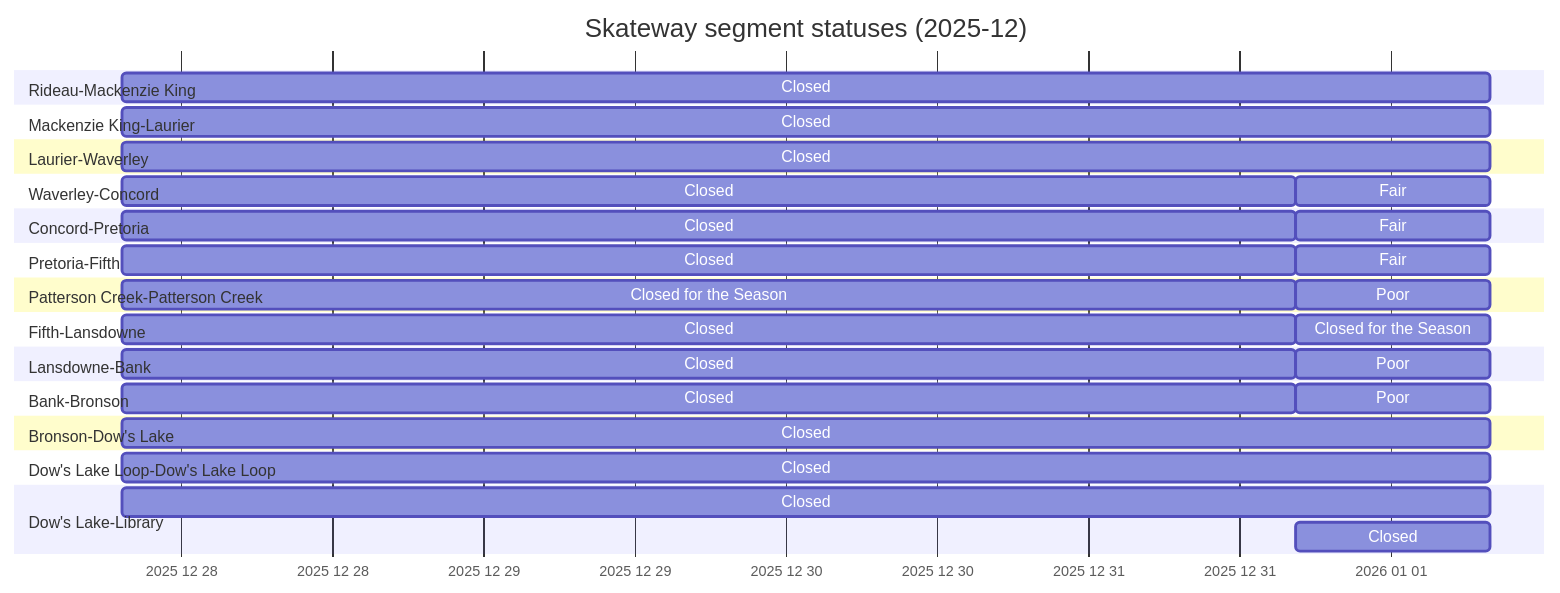
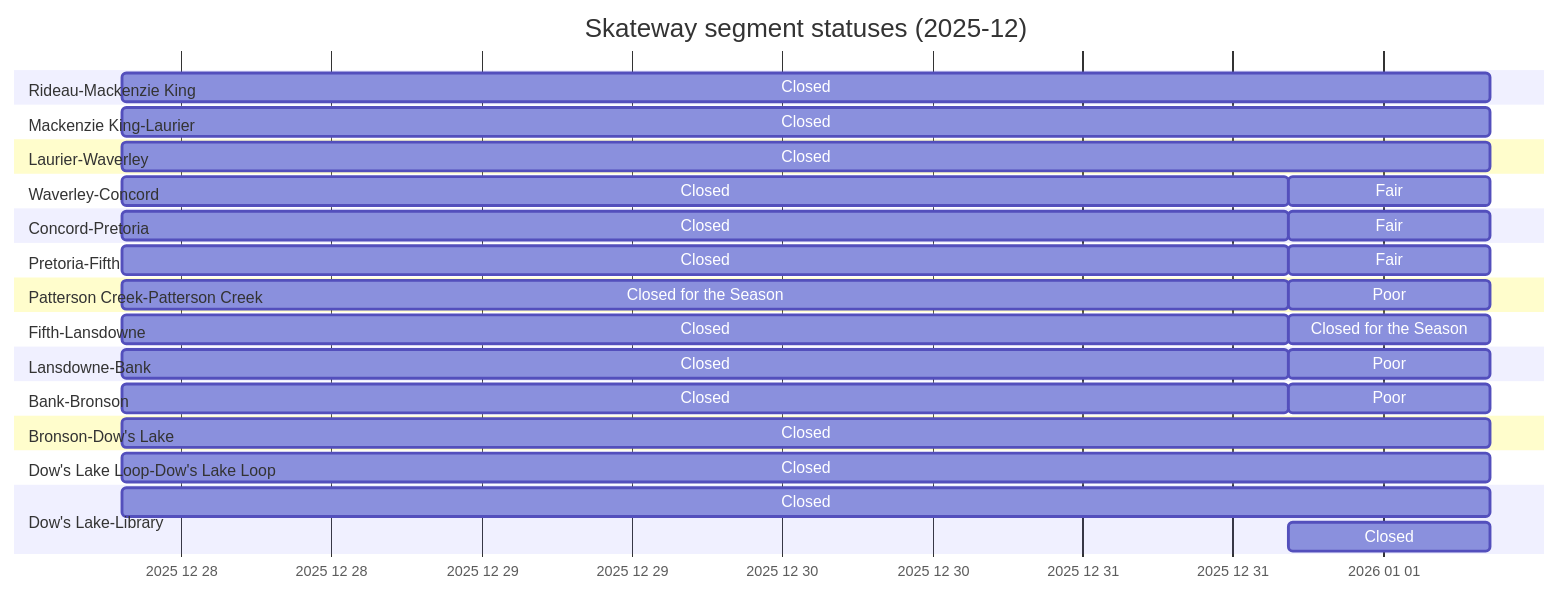
Before and after one commit to PatLittle/skateway_data: the diagram in gantt.md, drawn with Mermaid. The commit also changed 2 other files, not shown here.

````diff
--- a/gantt.md
+++ b/gantt.md
@@ -2,51 +2,51 @@
 ```mermaid
 ---
 topAxis: true
 displayMode: compact
 config:
   themeCSS: " #vg { fill: Green } #g {fill: yellow} #f {fill: orange} #p {fill: red}      \n
 #c {fill: Black} #cs {fill: Black} #sc {fill: White} #wo {fill: saddlebrown} \n
             text[id^=cs] { fill: red; } text[id^=sc] { fill: red; }
         "
 ---
 
 gantt
   title Skateway segment statuses (2025-12)
   dateFormat  YYYY-MM-DD HH:mm:ss
   axisFormat  %Y %m %d
   section Rideau-Mackenzie King
-  Closed: c, 2025-12-27 19:17:23, 2026-01-01 07:55:19
+  Closed: c, 2025-12-27 19:17:23, 2026-01-01 08:31:42
   section Mackenzie King-Laurier
-  Closed: c, 2025-12-27 19:17:23, 2026-01-01 07:55:19
+  Closed: c, 2025-12-27 19:17:23, 2026-01-01 08:31:42
   section Laurier-Waverley
-  Closed: c, 2025-12-27 19:17:23, 2026-01-01 07:55:19
+  Closed: c, 2025-12-27 19:17:23, 2026-01-01 08:31:42
   section Waverley-Concord
   Closed: c, 2025-12-27 19:17:23, 2025-12-31 16:28:10
-  Fair: f, 2025-12-31 16:28:10, 2026-01-01 07:55:19
+  Fair: f, 2025-12-31 16:28:10, 2026-01-01 08:31:42
   section Concord-Pretoria
   Closed: c, 2025-12-27 19:17:23, 2025-12-31 16:28:10
-  Fair: f, 2025-12-31 16:28:10, 2026-01-01 07:55:19
+  Fair: f, 2025-12-31 16:28:10, 2026-01-01 08:31:42
   section Pretoria-Fifth
   Closed: c, 2025-12-27 19:17:23, 2025-12-31 16:28:10
-  Fair: f, 2025-12-31 16:28:10, 2026-01-01 07:55:19
+  Fair: f, 2025-12-31 16:28:10, 2026-01-01 08:31:42
   section Patterson Creek-Patterson Creek
   Closed for the Season: cs, 2025-12-27 19:17:23, 2025-12-31 16:28:10
-  Poor: p, 2025-12-31 16:28:10, 2026-01-01 07:55:19
+  Poor: p, 2025-12-31 16:28:10, 2026-01-01 08:31:42
   section Fifth-Lansdowne
   Closed: c, 2025-12-27 19:17:23, 2025-12-31 16:28:10
-  Closed for the Season: cs, 2025-12-31 16:28:10, 2026-01-01 07:55:19
+  Closed for the Season: cs, 2025-12-31 16:28:10, 2026-01-01 08:31:42
   section Lansdowne-Bank
   Closed: c, 2025-12-27 19:17:23, 2025-12-31 16:28:10
-  Poor: p, 2025-12-31 16:28:10, 2026-01-01 07:55:19
+  Poor: p, 2025-12-31 16:28:10, 2026-01-01 08:31:42
   section Bank-Bronson
   Closed: c, 2025-12-27 19:17:23, 2025-12-31 16:28:10
-  Poor: p, 2025-12-31 16:28:10, 2026-01-01 07:55:19
+  Poor: p, 2025-12-31 16:28:10, 2026-01-01 08:31:42
   section Bronson-Dow's Lake
-  Closed: c, 2025-12-27 19:17:23, 2026-01-01 07:55:19
+  Closed: c, 2025-12-27 19:17:23, 2026-01-01 08:31:42
   section Dow's Lake Loop-Dow's Lake Loop
-  Closed: c, 2025-12-27 19:17:23, 2026-01-01 07:55:19
+  Closed: c, 2025-12-27 19:17:23, 2026-01-01 08:31:42
   section Dow's Lake-Library
-  Closed: c, 2025-12-27 19:17:23, 2026-01-01 07:55:19
+  Closed: c, 2025-12-27 19:17:23, 2026-01-01 08:31:42
   section Dow's Lake-Library
-  Closed: c, 2025-12-31 16:28:10, 2026-01-01 07:55:19
+  Closed: c, 2025-12-31 16:28:10, 2026-01-01 08:31:42
 ```
````
